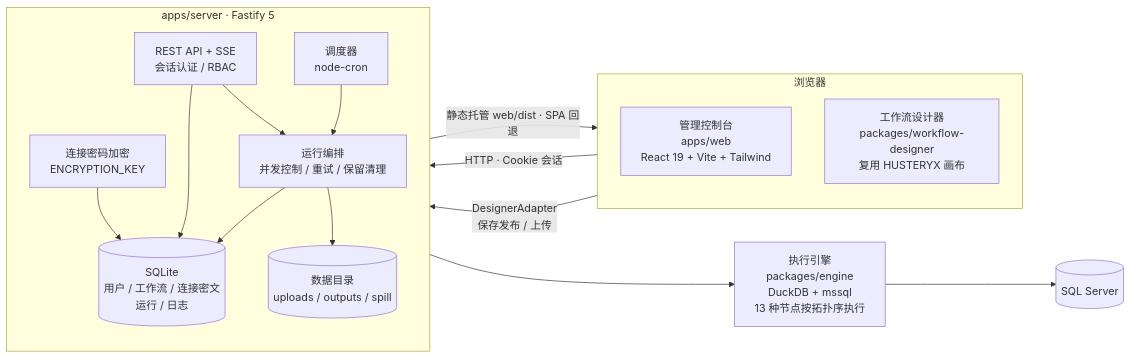
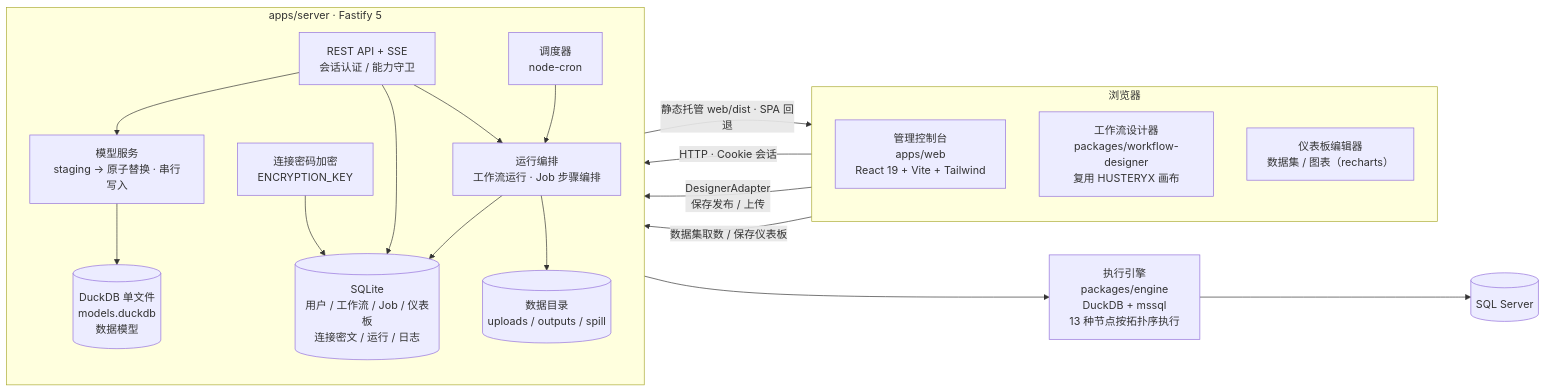
The diagram in README.md (microsoftbi/HUSTServer), drawn with Mermaid before and after one commit. The commit also changed other lines of this file and 14 other files, not shown here.

````diff
--- a/README.md
+++ b/README.md
@@ -100,34 +145,39 @@
 ```mermaid
 flowchart LR
     subgraph Browser["浏览器"]
         direction TB
         Web["管理控制台<br/>apps/web<br/>React 19 + Vite + Tailwind"]
         Designer["工作流设计器<br/>packages/workflow-designer<br/>复用 HUSTERYX 画布"]
+        BI["仪表板编辑器<br/>数据集 / 图表（recharts）"]
     end
 
     subgraph Server["apps/server · Fastify 5"]
         direction TB
-        API["REST API + SSE<br/>会话认证 / RBAC"]
+        API["REST API + SSE<br/>会话认证 / 能力守卫"]
         Sched["调度器<br/>node-cron"]
-        Runner["运行编排<br/>并发控制 / 重试 / 保留清理"]
+        Runner["运行编排<br/>工作流运行 · Job 步骤编排"]
+        Model["模型服务<br/>staging → 原子替换 · 串行写入"]
         Crypto["连接密码加密<br/>ENCRYPTION_KEY"]
-        DB[("SQLite<br/>用户 / 工作流 / 连接密文<br/>运行 / 日志")]
+        DB[("SQLite<br/>用户 / 工作流 / Job / 仪表板<br/>连接密文 / 运行 / 日志")]
         Files[("数据目录<br/>uploads / outputs / spill")]
+        Duck[("DuckDB 单文件<br/>models.duckdb<br/>数据模型")]
     end
 
     Engine["执行引擎<br/>packages/engine<br/>DuckDB + mssql<br/>13 种节点按拓扑序执行"]
-
     SQL[("SQL Server")]
 
     Server -->|"静态托管 web/dist · SPA 回退"| Web
     Web -->|"HTTP · Cookie 会话"| API
     Designer -->|"DesignerAdapter<br/>保存发布 / 上传"| API
+    BI -->|"数据集取数 / 保存仪表板"| API
     Sched --> Runner
     API --> Runner
     Runner --> Engine
+    API --> Model
+    Model --> Duck
     Engine --> SQL
     Runner --> DB
     Runner --> Files
     API --> DB
     Crypto --> DB
 ```
````
